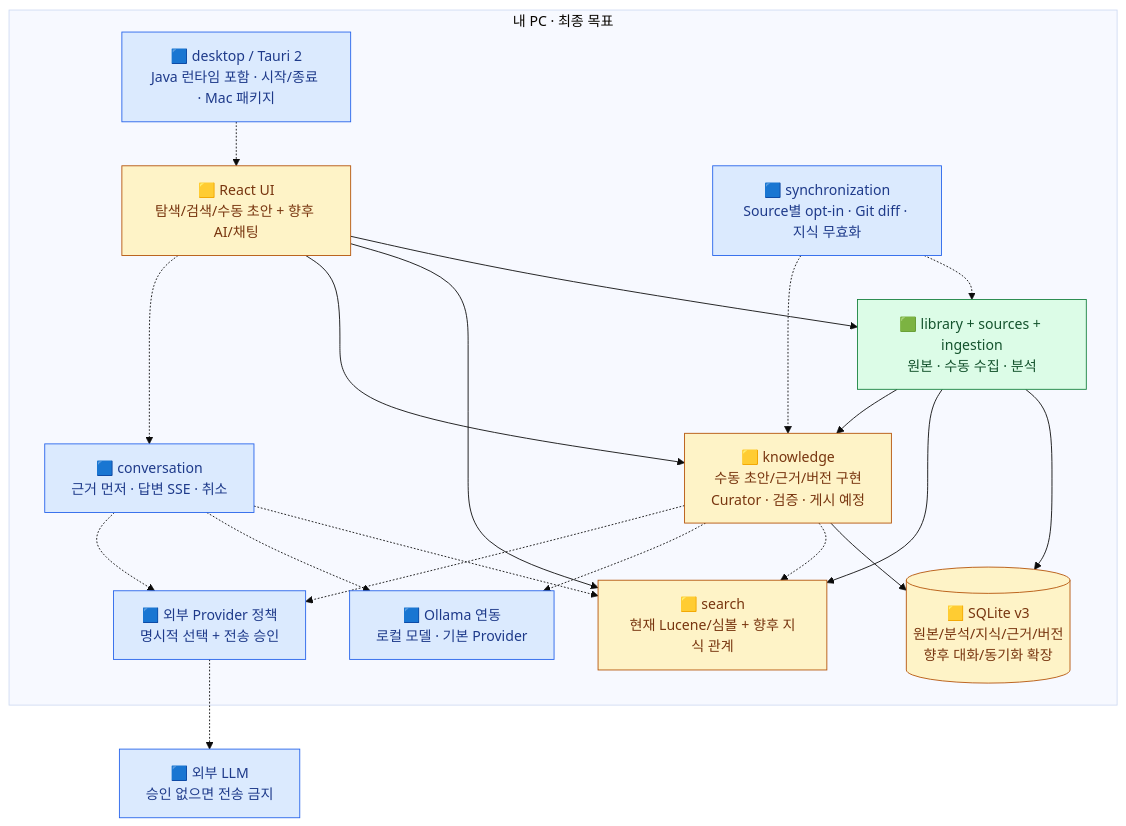
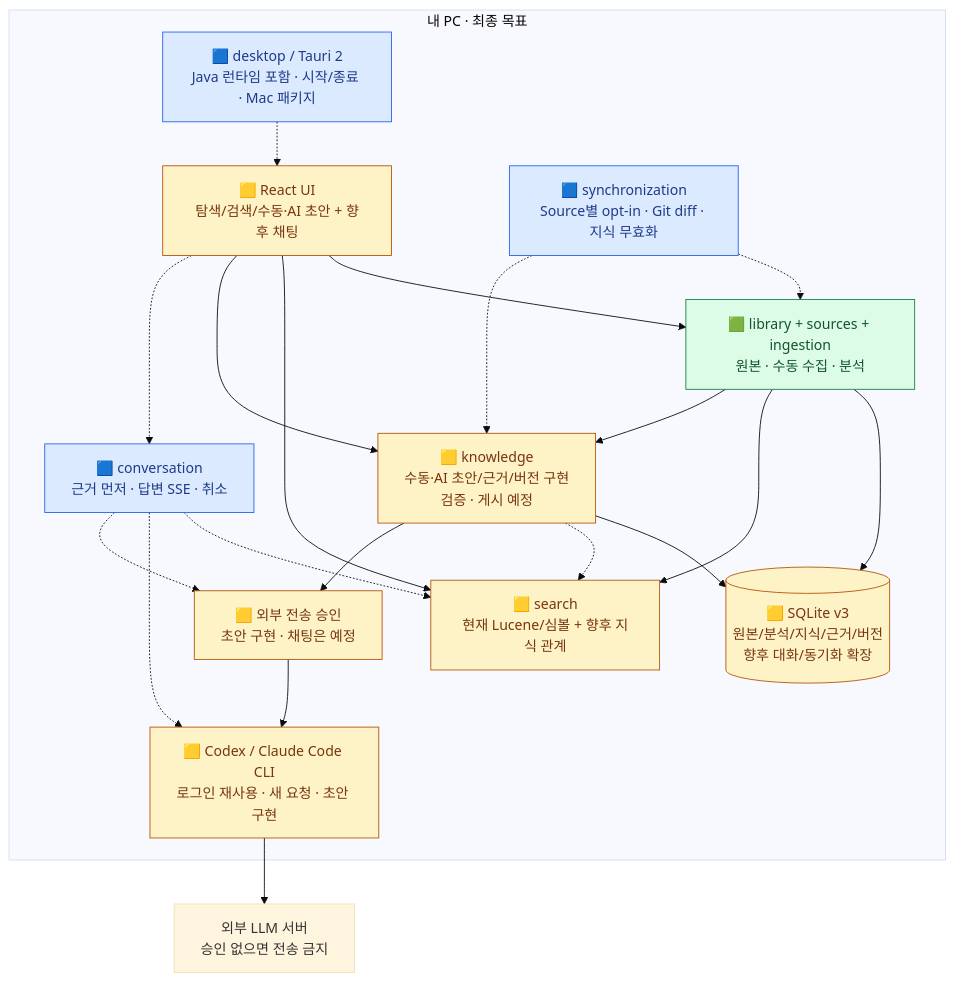
One commit to thisisnew/dougle changed the third of 5 diagrams in docs/design-map.md. Above: the diagram before and after it, drawn with Mermaid (base theme). The commit also changed other lines of this file and 25 other files, not shown here.

````diff
--- a/docs/design-map.md
+++ b/docs/design-map.md
@@ -109,39 +109,39 @@
 ```mermaid
 flowchart TB
     subgraph PC["내 PC · 최종 목표"]
         HOST["🟦 desktop / Tauri 2<br/>Java 런타임 포함 · 시작/종료 · Mac 패키지"]
-        UI["🟨 React UI<br/>탐색/검색/수동 초안 + 향후 AI/채팅"]
+        UI["🟨 React UI<br/>탐색/검색/수동·AI 초안 + 향후 채팅"]
         RAW["🟩 library + sources + ingestion<br/>원본 · 수동 수집 · 분석"]
         RET["🟨 search<br/>현재 Lucene/심볼 + 향후 지식 관계"]
-        KNOW["🟨 knowledge<br/>수동 초안/근거/버전 구현<br/>Curator · 검증 · 게시 예정"]
+        KNOW["🟨 knowledge<br/>수동·AI 초안/근거/버전 구현<br/>검증 · 게시 예정"]
         CHAT["🟦 conversation<br/>근거 먼저 · 답변 SSE · 취소"]
         SYNC["🟦 synchronization<br/>Source별 opt-in · Git diff · 지식 무효화"]
         SQL[("🟨 SQLite v3<br/>원본/분석/지식/근거/버전<br/>향후 대화/동기화 확장")]
-        MODEL["🟦 Ollama 연동<br/>로컬 모델 · 기본 Provider"]
-        POLICY["🟦 외부 Provider 정책<br/>명시적 선택 + 전송 승인"]
+        MODEL["🟨 Codex / Claude Code CLI<br/>로그인 재사용 · 새 요청 · 초안 구현"]
+        POLICY["🟨 외부 전송 승인<br/>초안 구현 · 채팅은 예정"]
         HOST -.-> UI
         UI --> RAW
         UI --> RET
         UI --> KNOW
         UI -.-> CHAT
         RAW --> SQL
         RAW --> RET
         RAW --> KNOW
         KNOW --> SQL
         KNOW -.-> RET
-        KNOW -.-> MODEL
+        POLICY --> MODEL
         CHAT -.-> RET
         CHAT -.-> MODEL
         CHAT -.-> POLICY
-        KNOW -.-> POLICY
+        KNOW --> POLICY
         SYNC -.-> RAW
         SYNC -.-> KNOW
     end
-    POLICY -.-> EXT["🟦 외부 LLM<br/>승인 없으면 전송 금지"]
+    MODEL --> EXT["외부 LLM 서버<br/>승인 없으면 전송 금지"]
     classDef done fill:#dcfce7,stroke:#15803d,color:#14532d
     classDef partial fill:#fef3c7,stroke:#b45309,color:#78350f
     classDef planned fill:#dbeafe,stroke:#2563eb,color:#1e3a8a
     class RAW done
-    class UI,RET,SQL,KNOW partial
-    class HOST,CHAT,SYNC,MODEL,POLICY,EXT planned
+    class UI,RET,SQL,KNOW,MODEL,POLICY partial
+    class HOST,CHAT,SYNC planned
 ```
````
